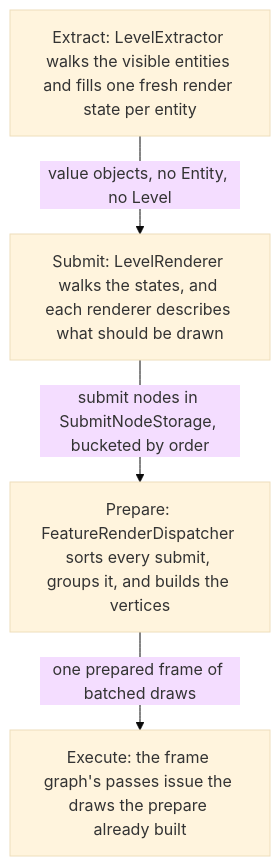
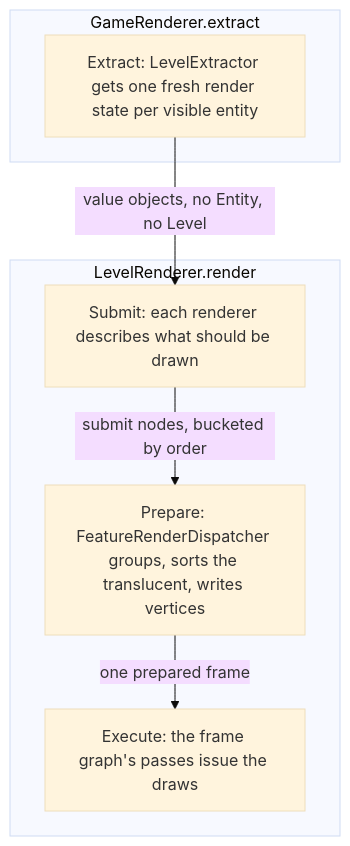
One commit to AlexanderjFraser/MinecraftDocs changed the first of 4 diagrams in src/systems/rendering/entity-rendering.md. Above: the diagram before and after it, drawn with Mermaid (base theme). The commit also changed other lines of this file and 18 other files, not shown here.

````diff
--- a/src/systems/rendering/entity-rendering.md
+++ b/src/systems/rendering/entity-rendering.md
@@ -38,10 +38,14 @@
 ```mermaid
 flowchart TD
-    E["Extract: LevelExtractor walks the visible entities and fills one fresh render state per entity"]
-    S["Submit: LevelRenderer walks the states, and each renderer describes what should be drawn"]
-    P["Prepare: FeatureRenderDispatcher sorts every submit, groups it, and builds the vertices"]
-    X["Execute: the frame graph's passes issue the draws the prepare already built"]
+    subgraph EX["GameRenderer.extract"]
+        E["Extract: LevelExtractor gets one fresh render state per visible entity"]
+    end
+    subgraph RE["LevelRenderer.render"]
+        S["Submit: each renderer describes what should be drawn"]
+        P["Prepare: FeatureRenderDispatcher groups, sorts the translucent, writes vertices"]
+        X["Execute: the frame graph's passes issue the draws"]
+    end
     E -- "value objects, no Entity, no Level" --> S
-    S -- "submit nodes in SubmitNodeStorage, bucketed by order" --> P
-    P -- "one prepared frame of batched draws" --> X
+    S -- "submit nodes, bucketed by order" --> P
+    P -- "one prepared frame" --> X
 ```
````
